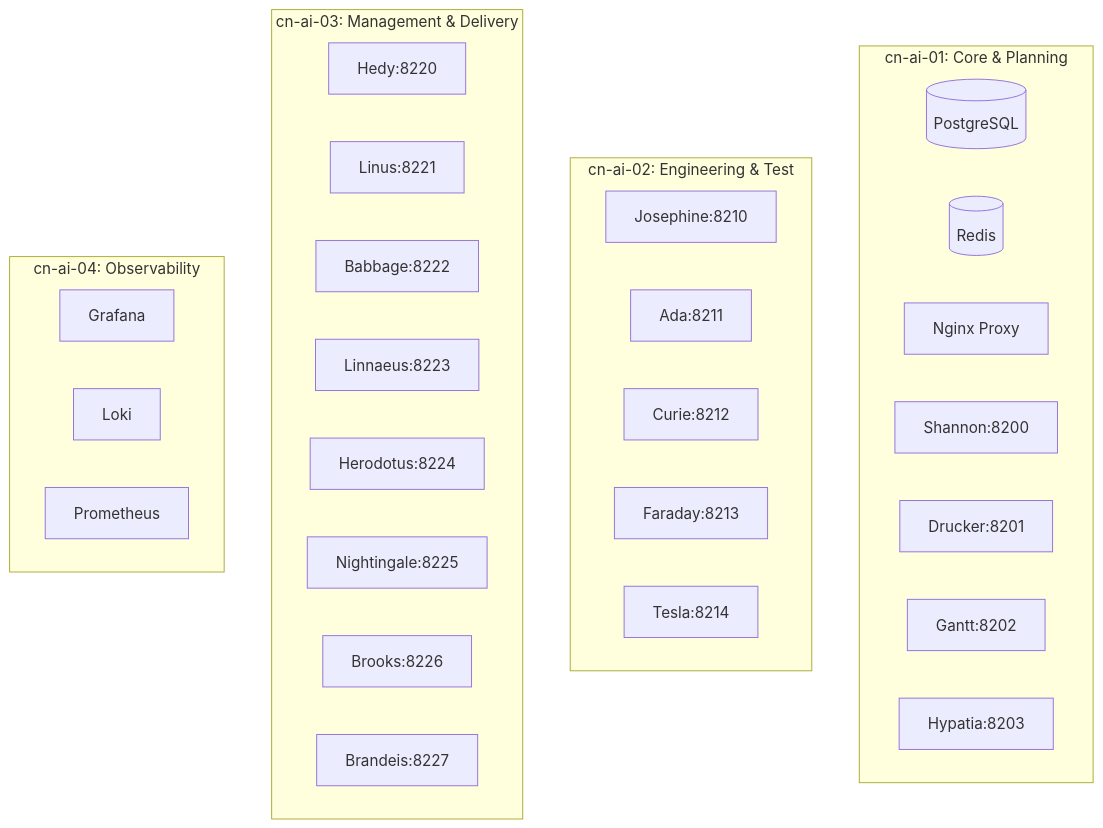
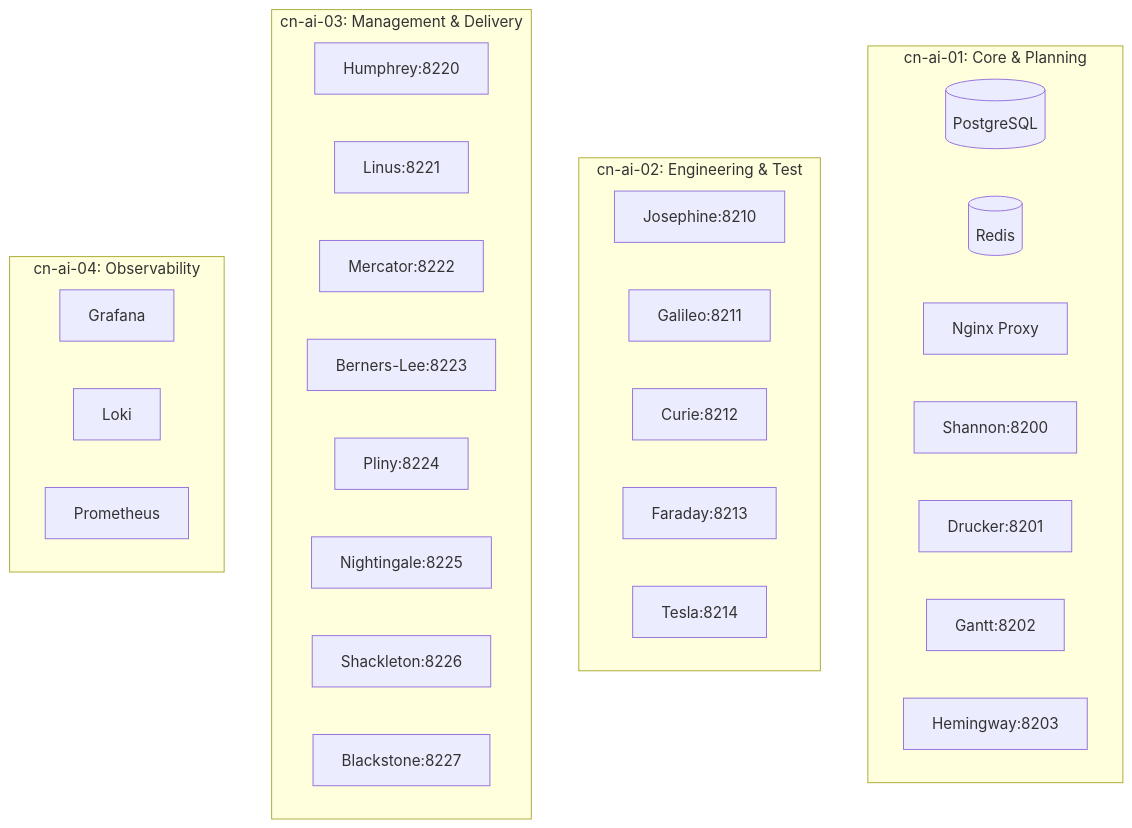
One commit to jmac-cornelis/agent-workforce changed the third of 4 diagrams in docs/workforce/DEPLOYMENT_GUIDE.md. Above: the diagram before and after it, drawn with Mermaid. The commit also changed other lines of this file and 157 other files, not shown here.

````diff
--- a/docs/workforce/DEPLOYMENT_GUIDE.md
+++ b/docs/workforce/DEPLOYMENT_GUIDE.md
@@ -135,37 +135,37 @@
 ```mermaid
 graph TB
     subgraph cn-ai-01 [cn-ai-01: Core & Planning]
         PG[(PostgreSQL)]
         Redis[(Redis)]
         Nginx[Nginx Proxy]
         Shannon[Shannon:8200]
         Drucker[Drucker:8201]
         Gantt[Gantt:8202]
-        Hypatia[Hypatia:8203]
+        Hemingway[Hemingway:8203]
     end
 
     subgraph cn-ai-02 [cn-ai-02: Engineering & Test]
         Josephine[Josephine:8210]
-        Ada[Ada:8211]
+        Galileo[Galileo:8211]
         Curie[Curie:8212]
         Faraday[Faraday:8213]
         Tesla[Tesla:8214]
     end
 
     subgraph cn-ai-03 [cn-ai-03: Management & Delivery]
-        Hedy[Hedy:8220]
+        Humphrey[Humphrey:8220]
         Linus[Linus:8221]
-        Babbage[Babbage:8222]
-        Linnaeus[Linnaeus:8223]
-        Herodotus[Herodotus:8224]
+        Mercator[Mercator:8222]
+        Berners-Lee[Berners-Lee:8223]
+        Pliny[Pliny:8224]
         Nightingale[Nightingale:8225]
-        Brooks[Brooks:8226]
-        Brandeis[Brandeis:8227]
+        Shackleton[Shackleton:8226]
+        Blackstone[Blackstone:8227]
     end
 
     subgraph cn-ai-04 [cn-ai-04: Observability]
         Grafana[Grafana]
         Loki[Loki]
         Prometheus[Prometheus]
     end
 ```
````
